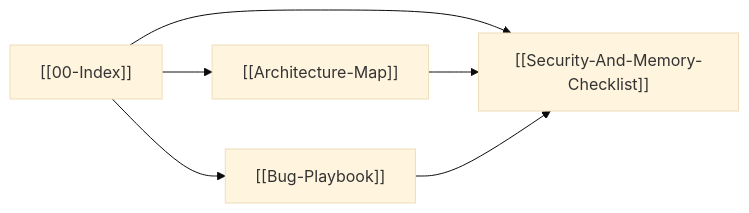
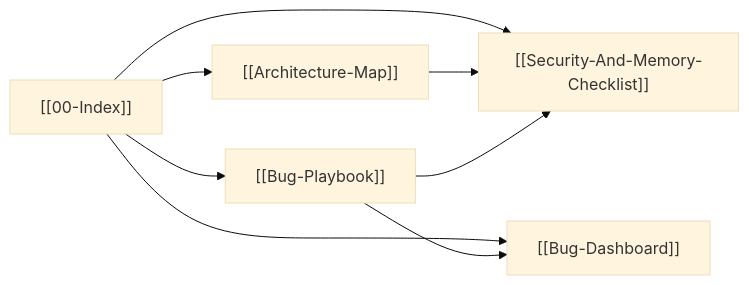
Before and after one commit to srayuth202510-byte/zigpodza: the diagram in docs/vault/00-Index.md, drawn with Mermaid (base theme). The commit also changed other lines of this file and 7 other files, not shown here.

Commit message:
Add hybrid bug tracking dashboard (Obsidian note, CLI summary, and local web UI)

````diff
--- a/docs/vault/00-Index.md
+++ b/docs/vault/00-Index.md
@@ -19,8 +19,10 @@
 ```mermaid
 flowchart LR
     MOC["[[00-Index]]"] --> ARCH["[[Architecture-Map]]"]
     MOC --> BUGS["[[Bug-Playbook]]"]
     MOC --> SEC["[[Security-And-Memory-Checklist]]"]
+    MOC --> DASH["[[Bug-Dashboard]]"]
     ARCH --> SEC
     BUGS --> SEC
+    BUGS --> DASH
 ```
````
